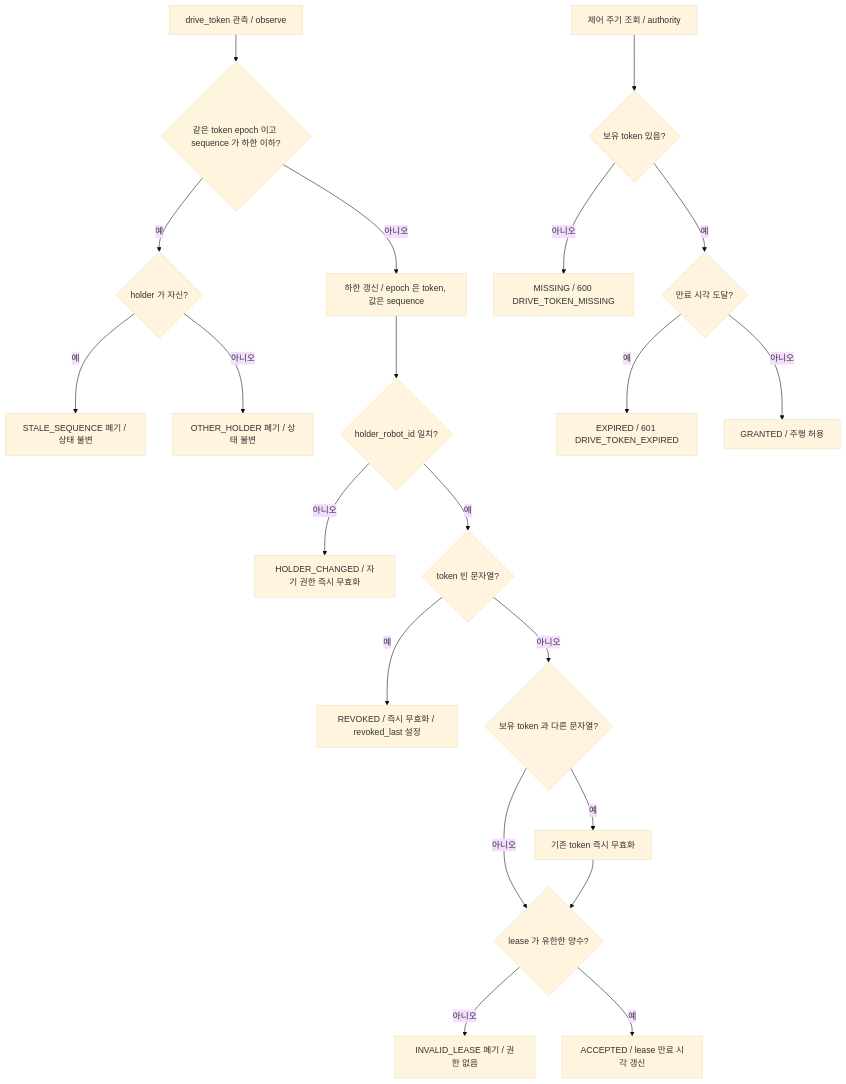
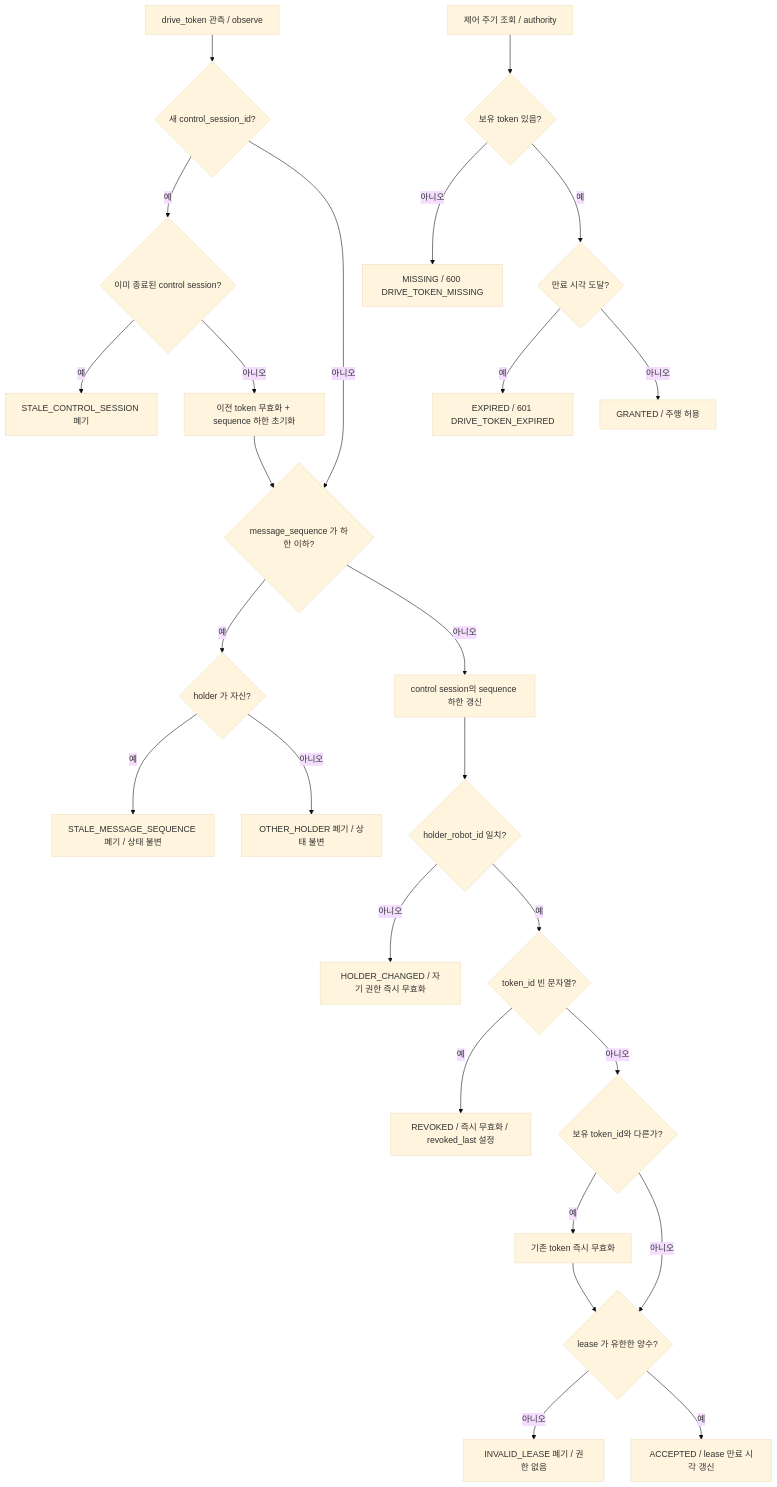
Before and after one commit to suuuhululu/patrol: the second of 8 diagrams in docs/amr.md, drawn with Mermaid (base theme). The commit also changed other lines of this file and 25 other files, not shown here.

```diff
--- a/docs/amr.md
+++ b/docs/amr.md
@@ -143,23 +137,28 @@
 ~~~mermaid
 flowchart TD
-    MSG[drive_token 관측 / observe] --> EP{같은 token epoch 이고 sequence 가 하한 이하?}
+    MSG[drive_token 관측 / observe] --> SES{새 control_session_id?}
+    SES -->|예| OLD{이미 종료된 control session?}
+    OLD -->|예| SOLD[STALE_CONTROL_SESSION 폐기]
+    OLD -->|아니오| RESET[이전 token 무효화 + sequence 하한 초기화]
+    SES -->|아니오| EP
+    RESET --> EP{message_sequence 가 하한 이하?}
     EP -->|예| WHO{holder 가 자신?}
-    WHO -->|예| STL[STALE_SEQUENCE 폐기 / 상태 불변]
+    WHO -->|예| STL[STALE_MESSAGE_SEQUENCE 폐기 / 상태 불변]
     WHO -->|아니오| OTH[OTHER_HOLDER 폐기 / 상태 불변]
-    EP -->|아니오| SET[하한 갱신 / epoch 은 token, 값은 sequence]
+    EP -->|아니오| SET[control session의 sequence 하한 갱신]
     SET --> H{holder_robot_id 일치?}
     H -->|아니오| HC[HOLDER_CHANGED / 자기 권한 즉시 무효화]
-    H -->|예| EMP{token 빈 문자열?}
+    H -->|예| EMP{token_id 빈 문자열?}
     EMP -->|예| REV[REVOKED / 즉시 무효화 / revoked_last 설정]
-    EMP -->|아니오| CHG{보유 token 과 다른 문자열?}
+    EMP -->|아니오| CHG{보유 token_id와 다른가?}
     CHG -->|예| INV[기존 token 즉시 무효화]
     CHG -->|아니오| LS
     INV --> LS{lease 가 유한한 양수?}
     LS -->|아니오| BAD[INVALID_LEASE 폐기 / 권한 없음]
     LS -->|예| ACC[ACCEPTED / lease 만료 시각 갱신]
     Q[제어 주기 조회 / authority] --> HAS{보유 token 있음?}
     HAS -->|아니오| MIS[MISSING / 600 DRIVE_TOKEN_MISSING]
     HAS -->|예| EXP{만료 시각 도달?}
     EXP -->|예| EXD[EXPIRED / 601 DRIVE_TOKEN_EXPIRED]
     EXP -->|아니오| GRA[GRANTED / 주행 허용]
 ~~~
```
